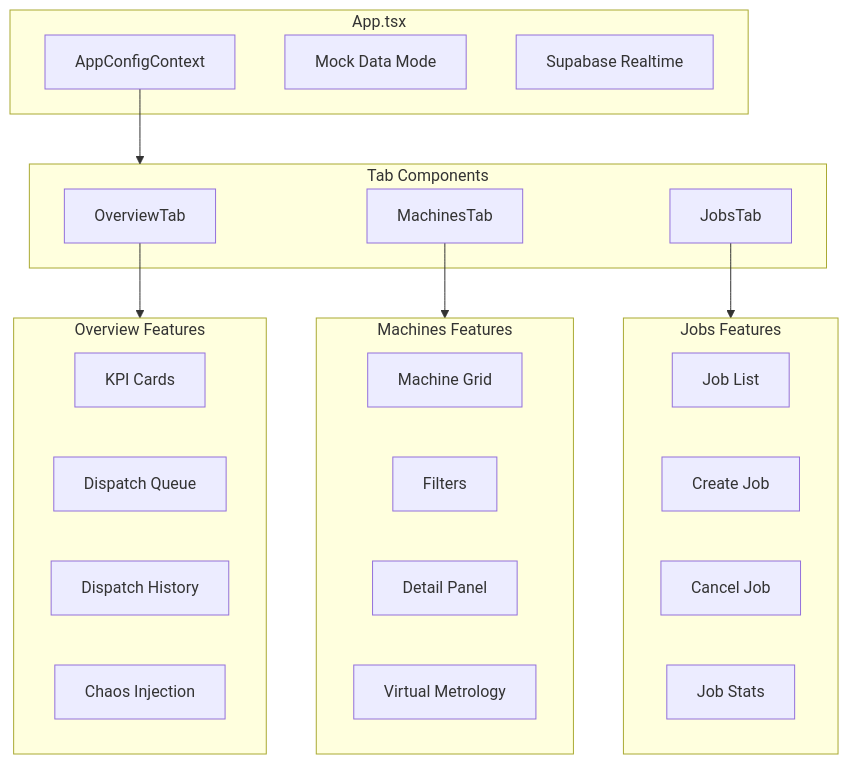
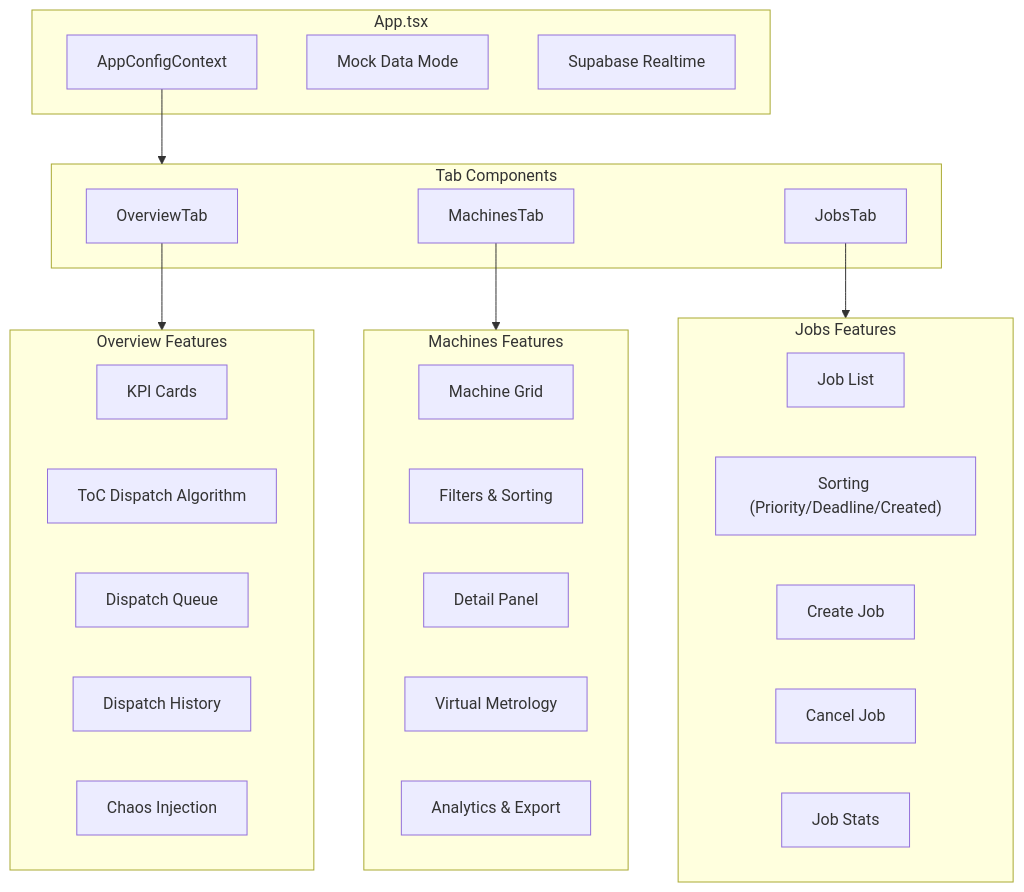
Before and after one commit to AngelP17/YieldOps: the tenth of 11 diagrams in Architecture.md, drawn with Mermaid. The commit also changed other lines of this file and 2 other files, not shown here.

First line of the commit message:
feat: implement working ToC dispatch in demo mode with immediate UI updates

````diff
--- a/Architecture.md
+++ b/Architecture.md
@@ -435,40 +491,43 @@
 ```mermaid
 flowchart TB
     subgraph App["App.tsx"]
         Config["AppConfigContext"]
         MockData["Mock Data Mode"]
         Realtime["Supabase Realtime"]
     end
     
     subgraph Tabs["Tab Components"]
         Overview["OverviewTab"]
         Machines["MachinesTab"]
         Jobs["JobsTab"]
     end
     
     subgraph OverviewFeatures["Overview Features"]
         KPI["KPI Cards"]
+        ToCDispatch["ToC Dispatch Algorithm"]
         Dispatch["Dispatch Queue"]
         History["Dispatch History"]
         Chaos["Chaos Injection"]
     end
     
     subgraph MachinesFeatures["Machines Features"]
         Grid["Machine Grid"]
-        Filter["Filters"]
+        Filter["Filters & Sorting"]
         Detail["Detail Panel"]
         VM["Virtual Metrology"]
+        Analytics["Analytics & Export"]
     end
     
     subgraph JobsFeatures["Jobs Features"]
         List["Job List"]
+        Sorting["Sorting (Priority/Deadline/Created)"]
         Create["Create Job"]
         Cancel["Cancel Job"]
         Stats["Job Stats"]
     end
     
     Config --> Tabs
     Overview --> OverviewFeatures
     Machines --> MachinesFeatures
     Jobs --> JobsFeatures
 ```
````
